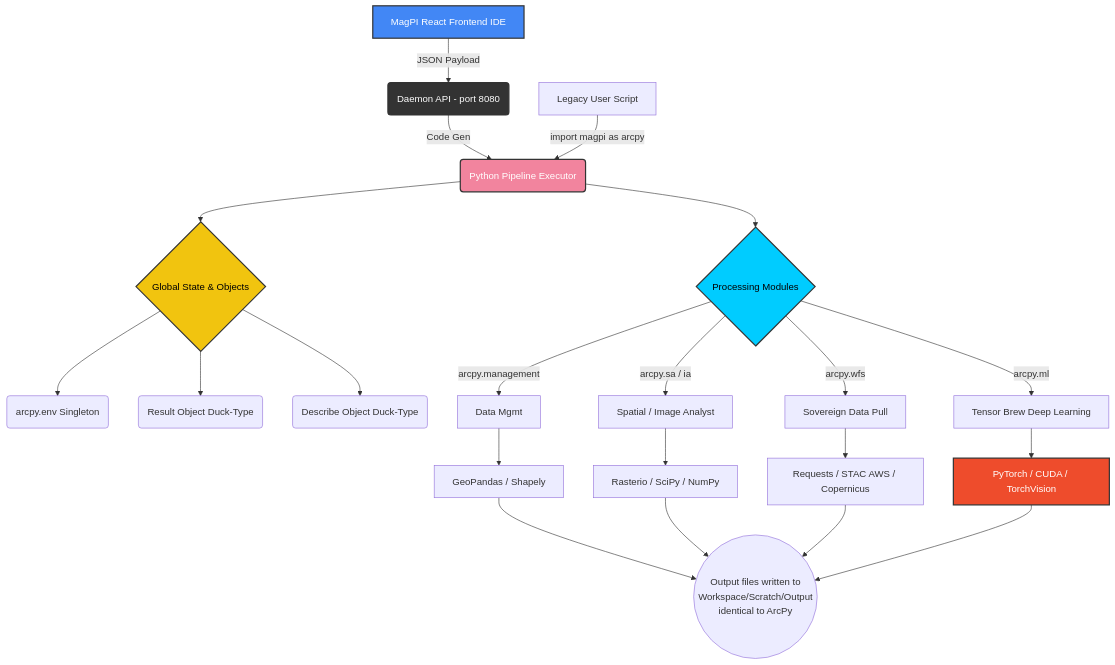
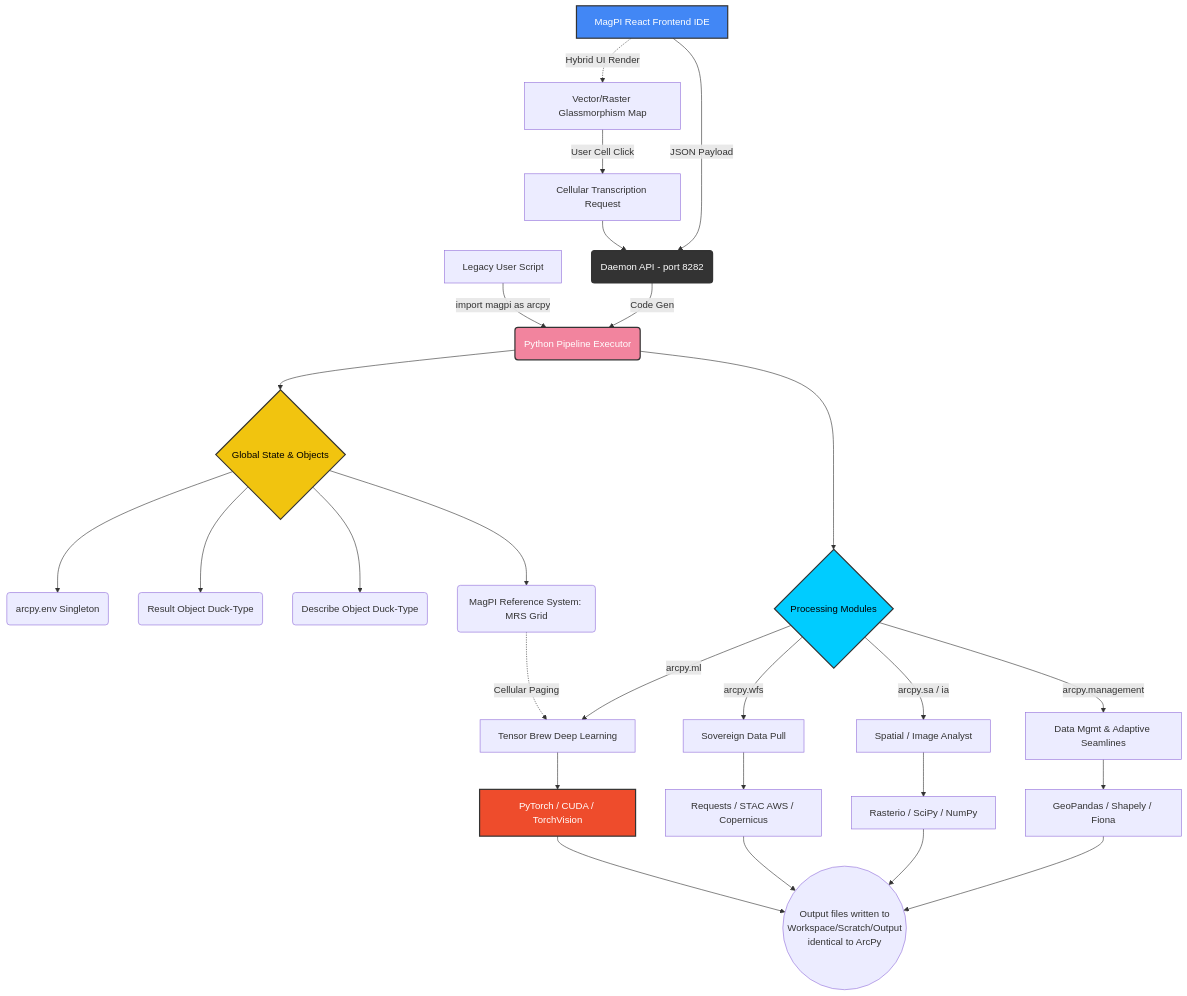
One commit to nexavision-tech/MagPI changed the diagram in MagPI_Architecture.mmd. Above: the diagram before and after it, drawn with Mermaid. The commit also changed 1 other file, not shown here.

Commit message:
docs: add MagPI Reference System documentation and update architecture diagram with cellular transcription flow

```diff
--- a/MagPI_Architecture.mmd
+++ b/MagPI_Architecture.mmd
@@ -1,31 +1,37 @@
 graph TD
-    A[MagPI React Frontend IDE] -->|JSON Payload| B(Daemon API - port 8080)
+    A[MagPI React Frontend IDE] -->|JSON Payload| B(Daemon API - port 8282)
     B -->|Code Gen| C(Python Pipeline Executor)
+    
+    A -.->|Hybrid UI Render| V[Vector/Raster Glassmorphism Map]
+    V -->|User Cell Click| X[Cellular Transcription Request]
+    X --> B
     
     Z[Legacy User Script] -->|import magpi as arcpy| C
     
     C --> D{Global State & Objects}
     D --> D1(arcpy.env Singleton)
     D --> D2(Result Object Duck-Type)
     D --> D3(Describe Object Duck-Type)
+    D --> D4(MagPI Reference System: MRS Grid)
     
     C --> E{Processing Modules}
     
-    E -->|arcpy.management| F[Data Mgmt]
+    E -->|arcpy.management| F[Data Mgmt & Adaptive Seamlines]
     E -->|arcpy.sa / ia| G[Spatial / Image Analyst]
     E -->|arcpy.wfs| H[Sovereign Data Pull]
     E -->|arcpy.ml| I[Tensor Brew Deep Learning]
     
-    F --> J[GeoPandas / Shapely]
+    D4 -.->|Cellular Paging| I
+    F --> J[GeoPandas / Shapely / Fiona]
     G --> K[Rasterio / SciPy / NumPy]
     H --> L[Requests / STAC AWS / Copernicus]
     I --> M[PyTorch / CUDA / TorchVision]
     
     J & K & L & M --> N((Output files written to \n Workspace/Scratch/Output \n identical to ArcPy))
 
     style A fill:#4287f5,stroke:#333,stroke-width:2px,color:#fff
     style B fill:#333,stroke:#333,stroke-width:2px,color:#fff
     style C fill:#f2849e,stroke:#333,stroke-width:2px,color:#fff
     style D fill:#f1c40f,stroke:#333,stroke-width:2px,color:#000
     style E fill:#00ccff,stroke:#333,stroke-width:2px,color:#000
     style M fill:#ee4c2c,stroke:#333,stroke-width:2px,color:#fff
```
